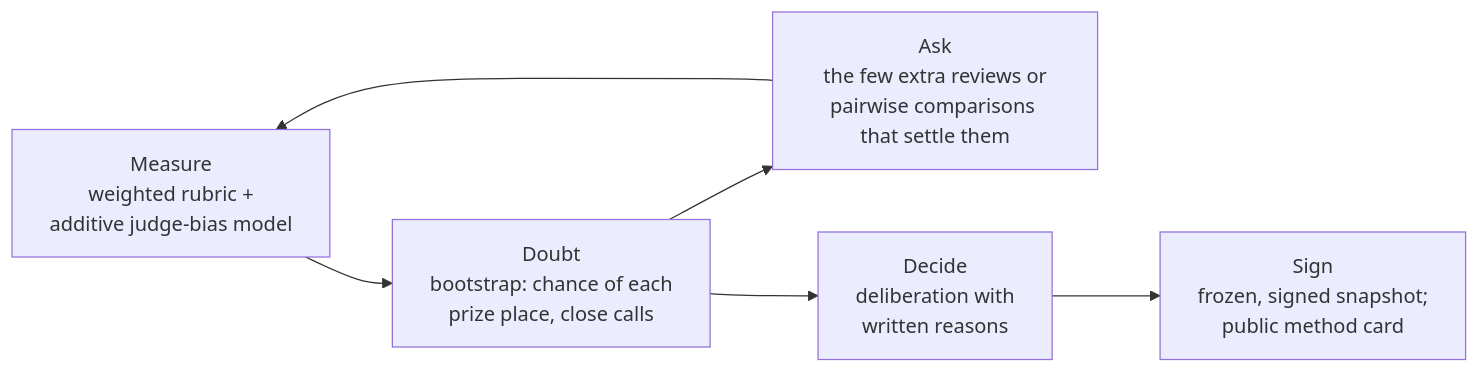
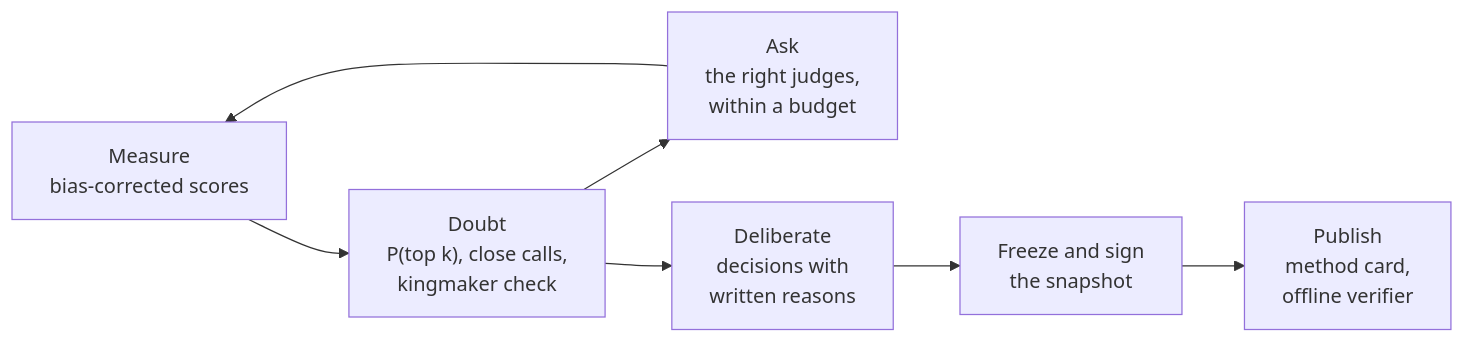
One commit to GauravS13/raptor-desk changed the first of 2 diagrams in README.md. Above: the diagram before and after it, drawn with Mermaid. The commit also changed other lines of this file and 23 other files, not shown here.

Commit message:
feat: kingmaker check, calibration, production safety gate

````diff
--- a/README.md
+++ b/README.md
@@ -173,8 +63,9 @@
 ```mermaid
 flowchart LR
-    A["Measure<br/>weighted rubric +<br/>additive judge-bias model"] --> B["Doubt<br/>bootstrap: chance of each<br/>prize place, close calls"]
-    B --> C["Ask<br/>the few extra reviews or<br/>pairwise comparisons that settle them"]
-    C --> A
-    B --> D["Decide<br/>deliberation with<br/>written reasons"]
-    D --> E["Sign<br/>frozen, signed snapshot;<br/>public method card"]
+    M["Measure<br/>bias-corrected scores"] --> D["Doubt<br/>P(top k), close calls,<br/>kingmaker check"]
+    D --> A["Ask<br/>the right judges,<br/>within a budget"]
+    A --> M
+    D --> L["Deliberate<br/>decisions with<br/>written reasons"]
+    L --> F["Freeze and sign<br/>the snapshot"]
+    F --> P["Publish<br/>method card,<br/>offline verifier"]
 ```
````
